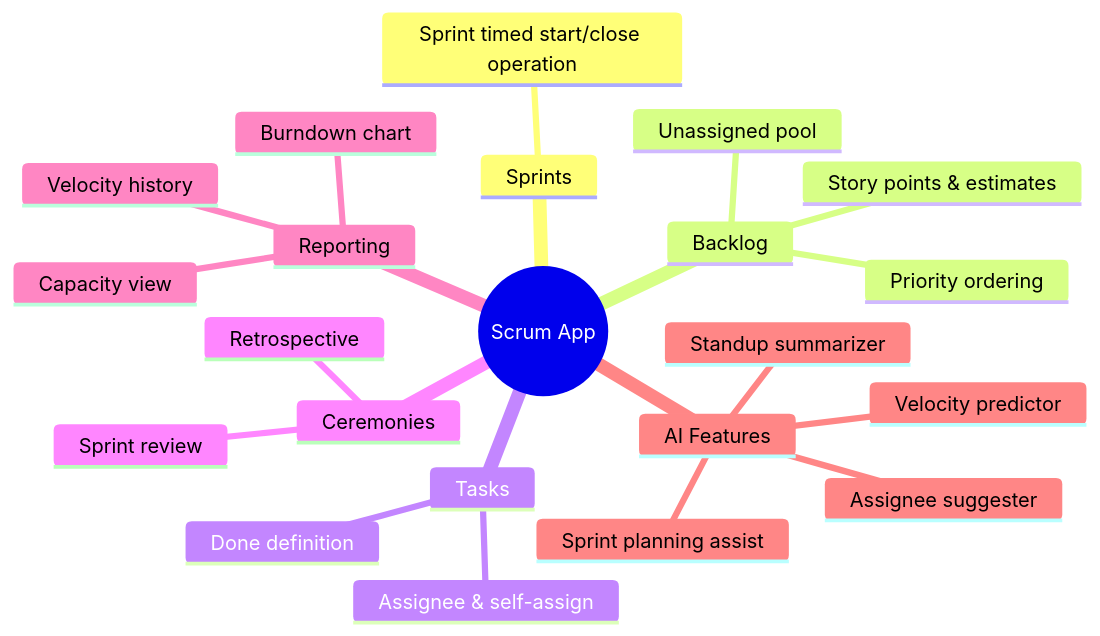
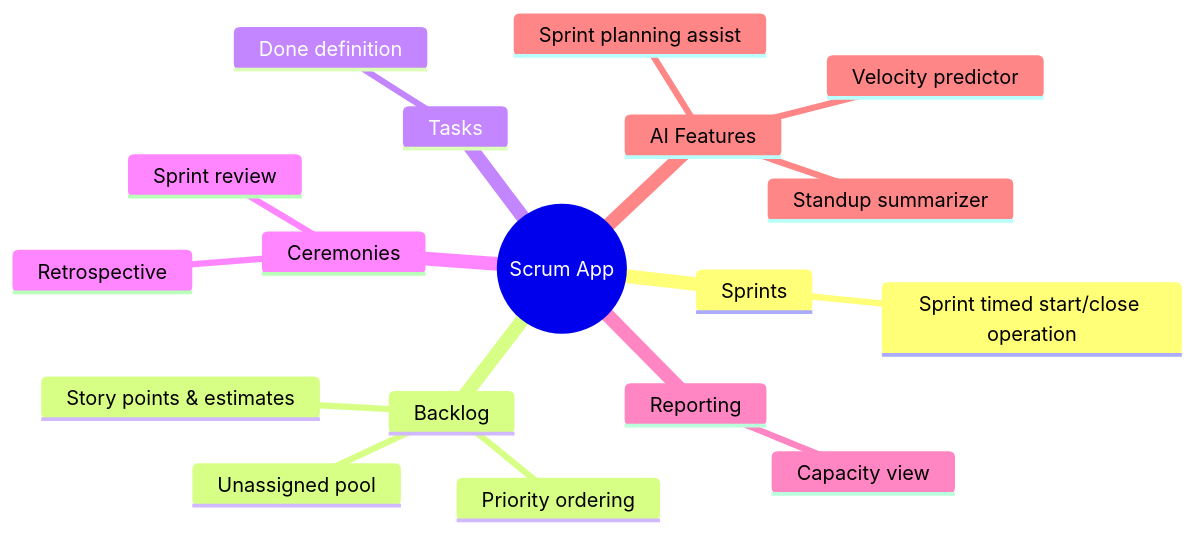
One commit to moad-cher/PFE changed the diagram in README.md. Above: the diagram before and after it, drawn with Mermaid. The commit also changed 8 other files, not shown here.

Commit message:
fixing chart in project details

````diff
--- a/README.md
+++ b/README.md
@@ -110,39 +110,39 @@
 ```mermaid
 mindmap
   root((Scrum App))
     %% Users & Org
       %% Departments
       %% organization structure mechanics
       %% Roles & permissions
       %% HR access scope
     %% Projects
       %% scrum mode only
       %% 1 Team per project
       %% Project manager ownership transfer
     Sprints
       %% Sprint state machine
       %% Incomplete stories
       Sprint timed start/close operation
     Backlog
       Story points & estimates
       Priority ordering
       Unassigned pool
     Tasks
       %% State machine
-      Assignee & self-assign
+      %% Assignee
       Done definition
     Ceremonies
       %% Sprint planning
       Sprint review
       Retrospective
     Reporting
       %% team workload
-      Burndown chart
-      Velocity history
+      %% Burndown chart
+      %% Velocity history
       Capacity view
     AI Features
       Sprint planning assist
       Standup summarizer
       Velocity predictor
-      Assignee suggester
+      %% Assignee suggester
 ```
````
